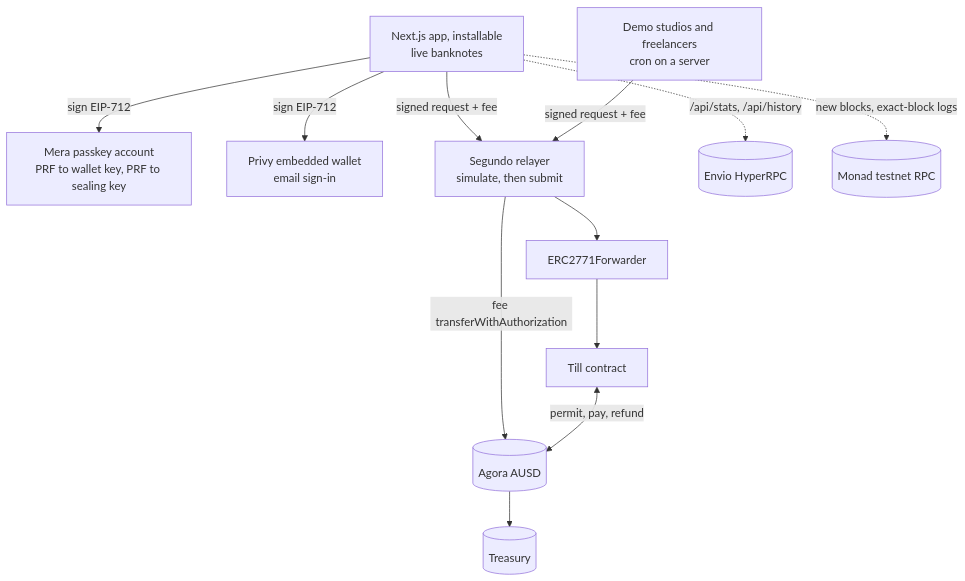
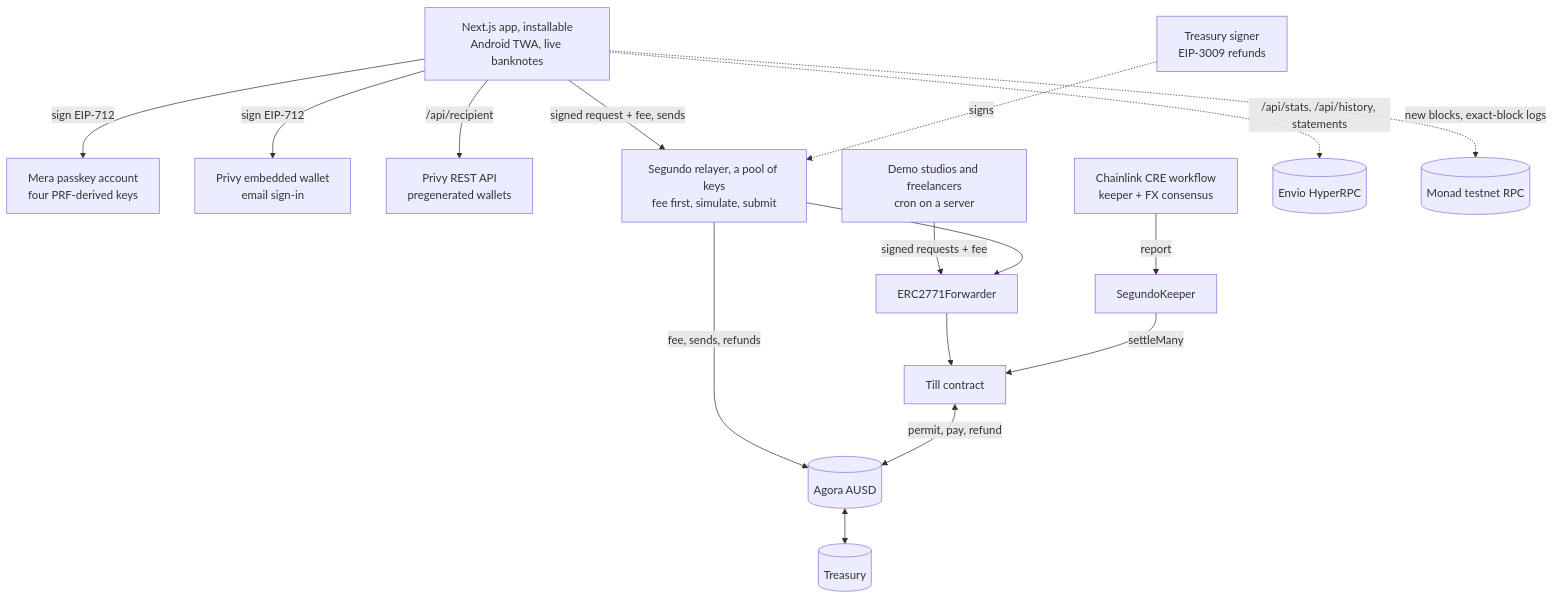
The second of 2 diagrams in README.md (RohanGlitched/segundo), drawn with Mermaid before and after one commit. The commit also changed other lines of this file and 16 other files, not shown here.

Commit message:
Relayer key pool: seven keys, many transactions in flight per key, receipts watched in batches; docs for every new feature with on-chain proof

````diff
--- a/README.md
+++ b/README.md
@@ -141,24 +235,31 @@
 ```mermaid
 flowchart TB
-    APP["Next.js app, installable<br/>live banknotes"]
-    MERA["Mera passkey account<br/>PRF to wallet key, PRF to sealing key"]
+    APP["Next.js app, installable<br/>Android TWA, live banknotes"]
+    MERA["Mera passkey account<br/>four PRF-derived keys"]
     PRIVY["Privy embedded wallet<br/>email sign-in"]
-    REL["Segundo relayer<br/>simulate, then submit"]
+    PAPI["Privy REST API<br/>pregenerated wallets"]
+    REL["Segundo relayer, a pool of keys<br/>fee first, simulate, submit"]
+    TSIG["Treasury signer<br/>EIP-3009 refunds"]
     BOTS["Demo studios and freelancers<br/>cron on a server"]
+    CRE["Chainlink CRE workflow<br/>keeper + FX consensus"]
+    KEEP["SegundoKeeper"]
     FWD["ERC2771Forwarder"]
     TILL["Till contract"]
     AUSD[("Agora AUSD")]
     TRES[("Treasury")]
     ENVIO[("Envio HyperRPC")]
     RPC[("Monad testnet RPC")]
     APP -->|sign EIP-712| MERA
     APP -->|sign EIP-712| PRIVY
-    APP -->|signed request + fee| REL
-    BOTS -->|signed request + fee| REL
+    APP -->|/api/recipient| PAPI
+    APP -->|signed request + fee, sends| REL
+    BOTS -->|signed requests + fee| FWD
+    REL -->|fee, sends, refunds| AUSD
+    TSIG -.->|signs| REL
     REL --> FWD --> TILL
-    REL -->|fee transferWithAuthorization| AUSD
-    AUSD --> TRES
+    CRE -->|report| KEEP -->|settleMany| TILL
+    AUSD <--> TRES
     TILL <-->|permit, pay, refund| AUSD
     APP -.->|new blocks, exact-block logs| RPC
-    APP -.->|/api/stats, /api/history| ENVIO
+    APP -.->|/api/stats, /api/history, statements| ENVIO
 ```
````
